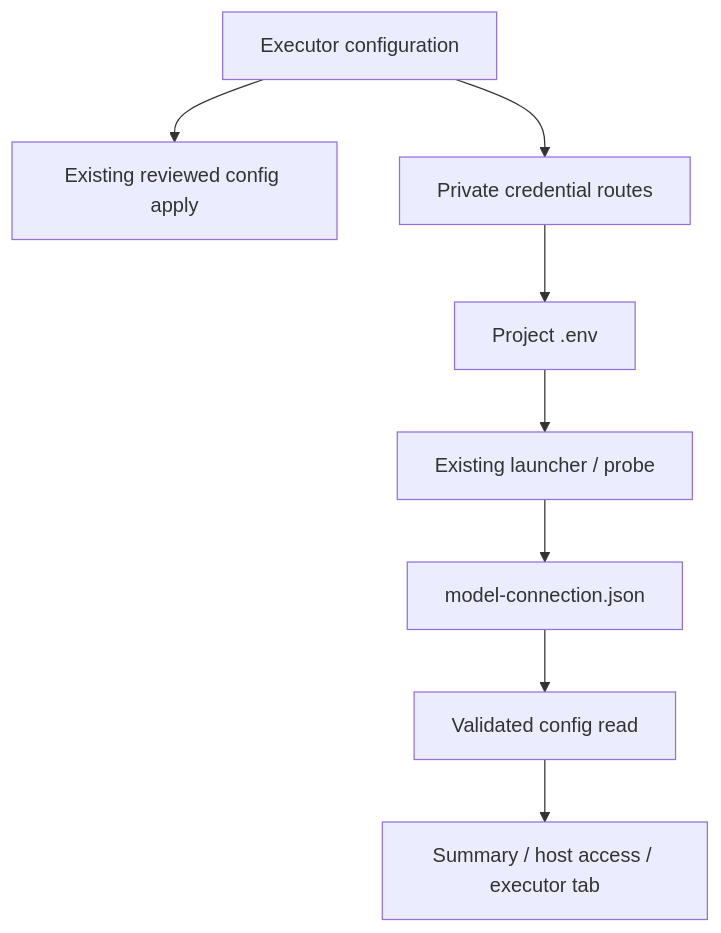
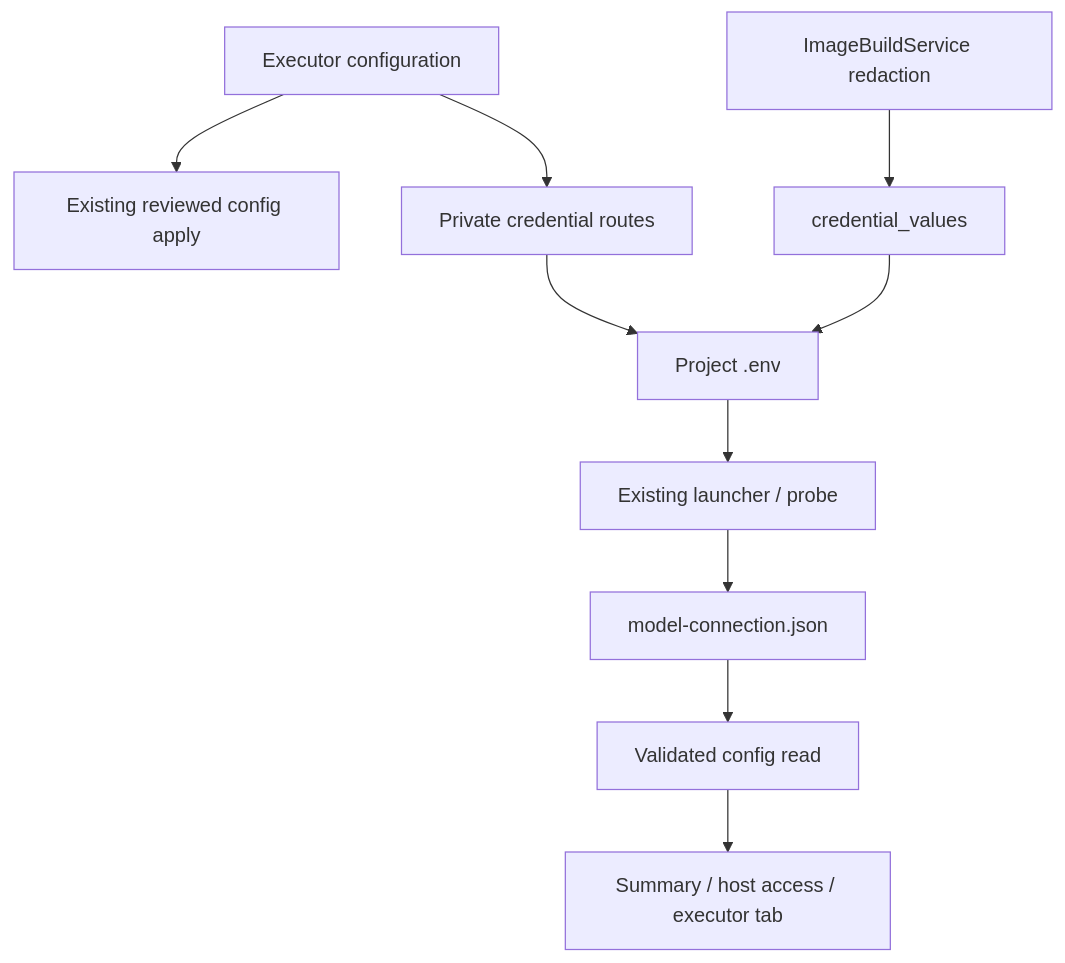
The diagram in .agentic/knowledge/executor-configuration.md (DDP-Engineering/AgenticDeliveryOrchestratorRuntimeEngine), drawn with Mermaid before and after one commit. The commit also changed other lines of this file and 41 other files, not shown here.

````diff
--- a/.agentic/knowledge/executor-configuration.md
+++ b/.agentic/knowledge/executor-configuration.md
@@ -38,10 +44,12 @@
 ```mermaid
 flowchart TD
     Tab[Executor configuration] --> Candidate[Existing reviewed config apply]
     Tab --> Credentials[Private credential routes]
     Credentials --> Env[Project .env]
+    Images[ImageBuildService redaction] --> Reader[credential_values]
+    Reader --> Env
     Env --> Launcher[Existing launcher / probe]
     Launcher --> Evidence[model-connection.json]
     Evidence --> Config[Validated config read]
     Config --> Summary[Summary / host access / executor tab]
 ```
````
